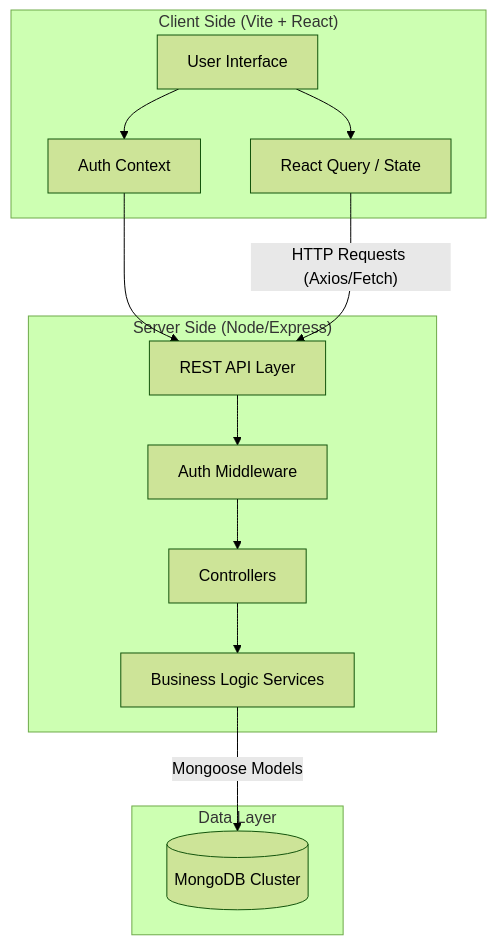
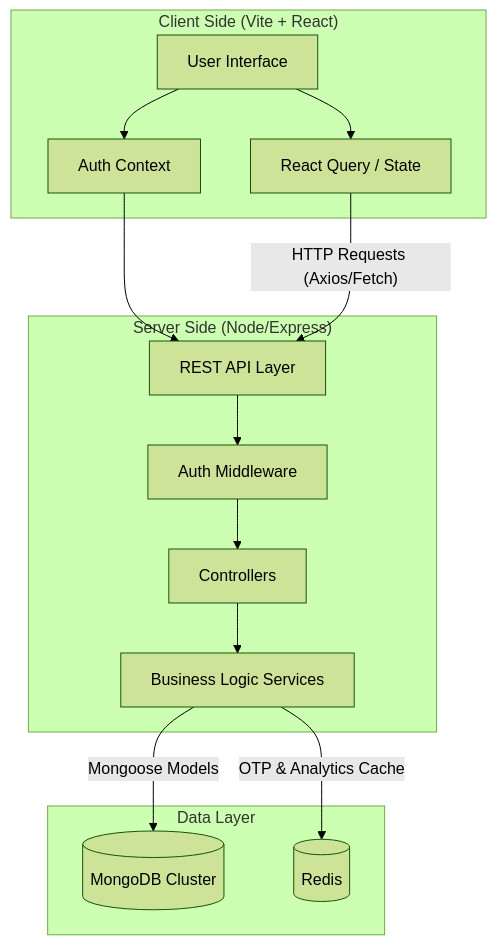
The first of 6 diagrams in SYSTEM_ARCHITECTURE.md (Vishwas1345/FuelMate), drawn with Mermaid (forest theme) before and after one commit. The commit also changed other lines of this file and 2 other files, not shown here.

First line of the commit message:
docs: update README, project_overview and SYSTEM_ARCHITECTURE for Redis

````diff
--- a/SYSTEM_ARCHITECTURE.md
+++ b/SYSTEM_ARCHITECTURE.md
@@ -16,28 +17,30 @@
 ```mermaid
 graph TD
     subgraph Client ["Client Side (Vite + React)"]
         UI[User Interface]
         AuthCtx[Auth Context]
         Query[React Query / State]
     end
 
     subgraph Server ["Server Side (Node/Express)"]
         API[REST API Layer]
         Auth[Auth Middleware]
         Controllers[Controllers]
         Services[Business Logic Services]
     end
 
     subgraph Database ["Data Layer"]
         MongoDB[(MongoDB Cluster)]
+        Redis[(Redis)]
     end
 
     UI --> AuthCtx
     AuthCtx --> API
     UI --> Query
     Query -- "HTTP Requests (Axios/Fetch)" --> API
     API --> Auth
     Auth --> Controllers
     Controllers --> Services
     Services -- "Mongoose Models" --> MongoDB
+    Services -- "OTP & Analytics Cache" --> Redis
 ```
````
